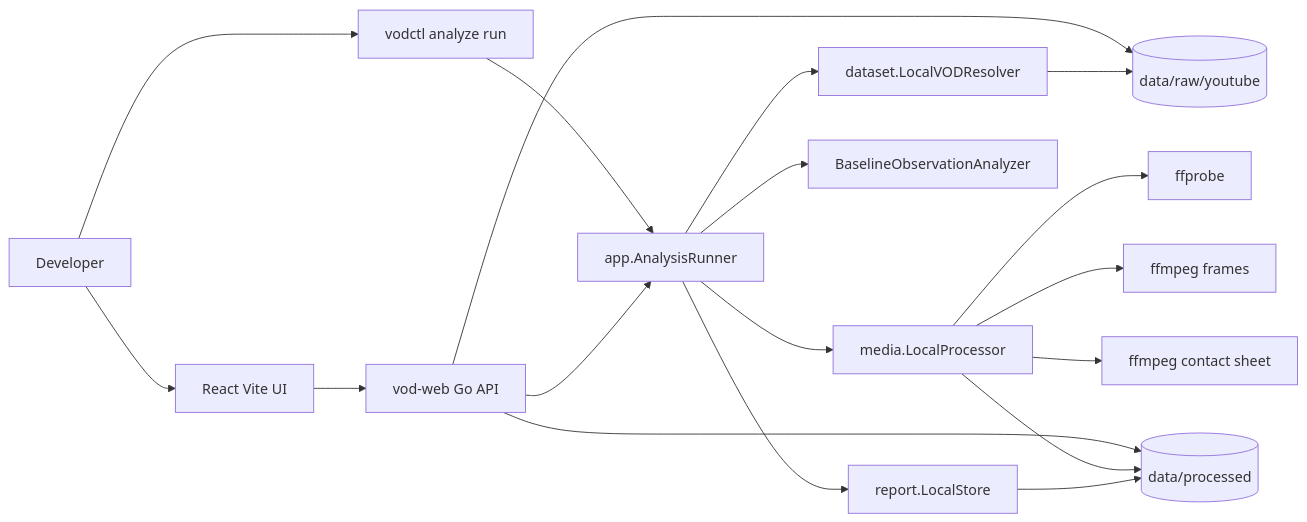
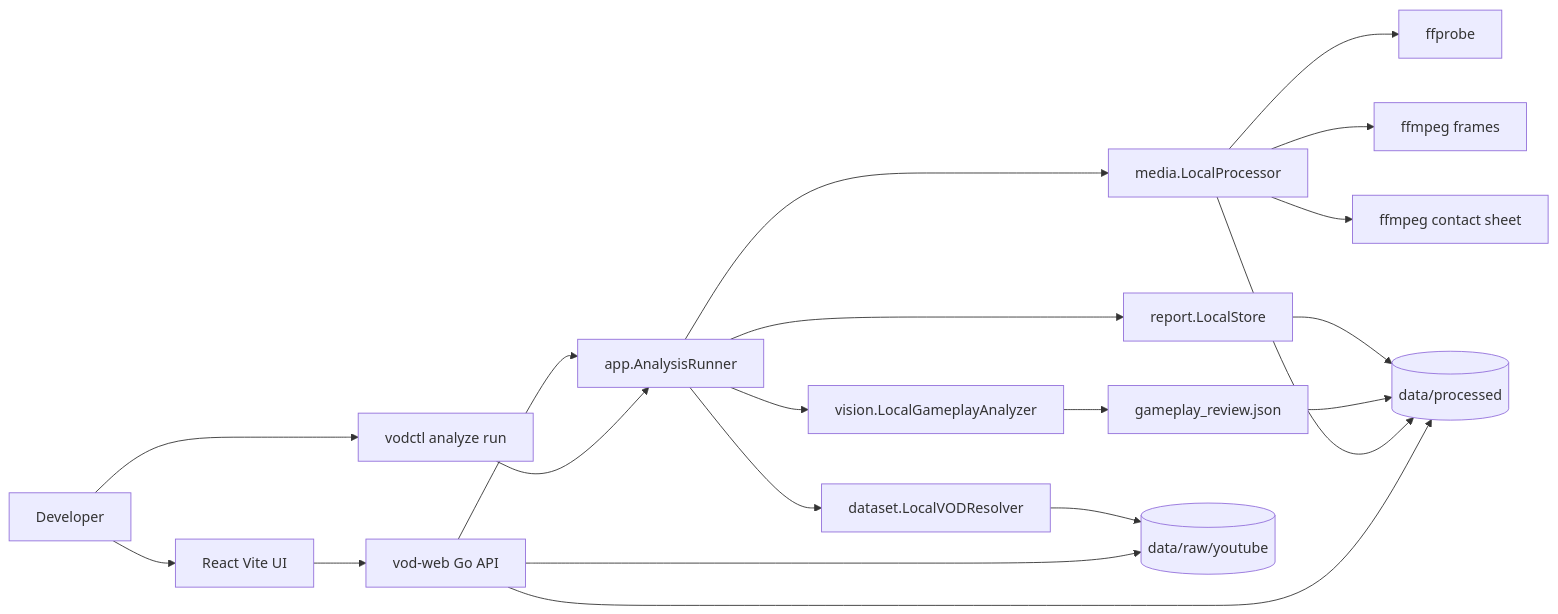
Before and after one commit to Asklit/valorant-vod-coach: the first of 5 diagrams in docs/system-diagrams.md, drawn with Mermaid. The commit also changed 15 other files, not shown here.

Commit message:
feat: add gameplay review pipeline

````diff
--- a/docs/system-diagrams.md
+++ b/docs/system-diagrams.md
@@ -13,35 +13,38 @@
 ```mermaid
 flowchart LR
   user[Developer]
   cli[vodctl analyze run]
   ui[React Vite UI]
   api[vod-web Go API]
   runner[app.AnalysisRunner]
   resolver[dataset.LocalVODResolver]
   media[media.LocalProcessor]
   ffprobe[ffprobe]
   frames[ffmpeg frames]
   sheet[ffmpeg contact sheet]
-  baseline[BaselineObservationAnalyzer]
+  vision[vision.LocalGameplayAnalyzer]
+  gameplay[gameplay_review.json]
   report[report.LocalStore]
   raw[(data/raw/youtube)]
   processed[(data/processed)]
 
   user --> cli
   user --> ui
   ui --> api
   api --> raw
   cli --> runner
   api --> runner
   api --> processed
   runner --> resolver
   resolver --> raw
   runner --> media
   media --> ffprobe
   media --> frames
   media --> sheet
   media --> processed
-  runner --> baseline
+  runner --> vision
+  vision --> gameplay
+  gameplay --> processed
   runner --> report
   report --> processed
 ```
````
